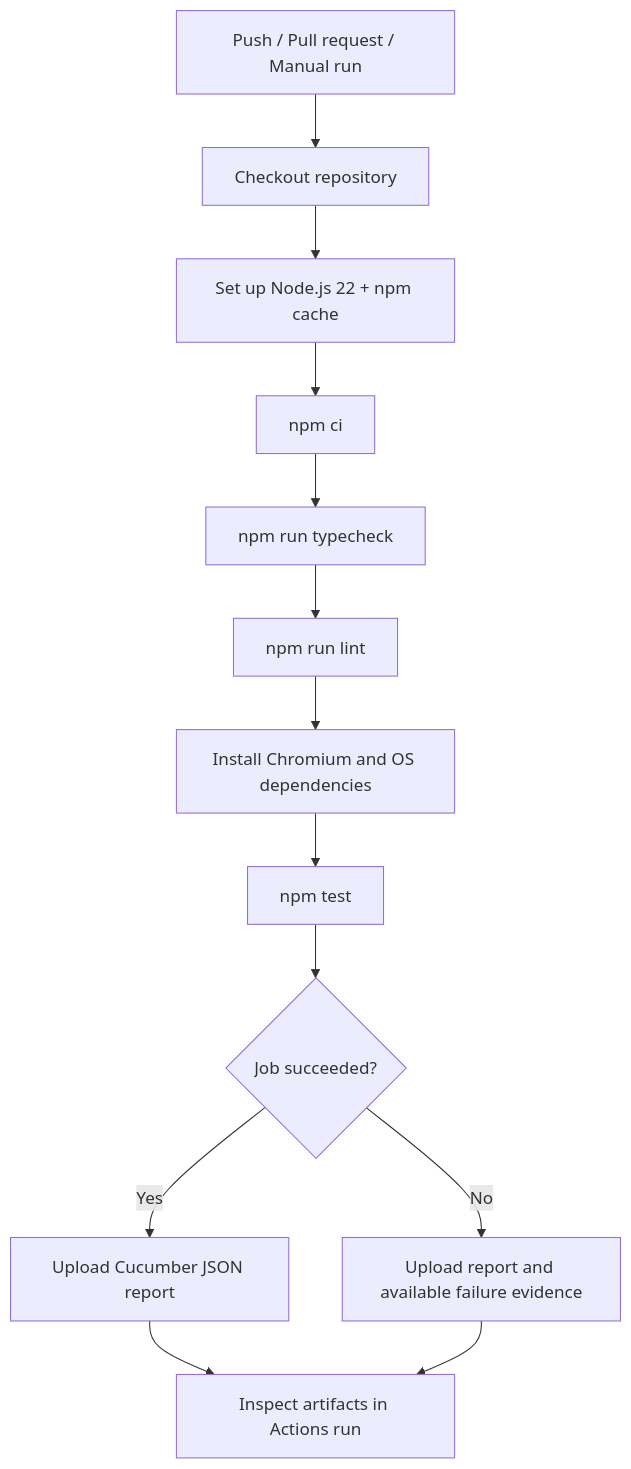
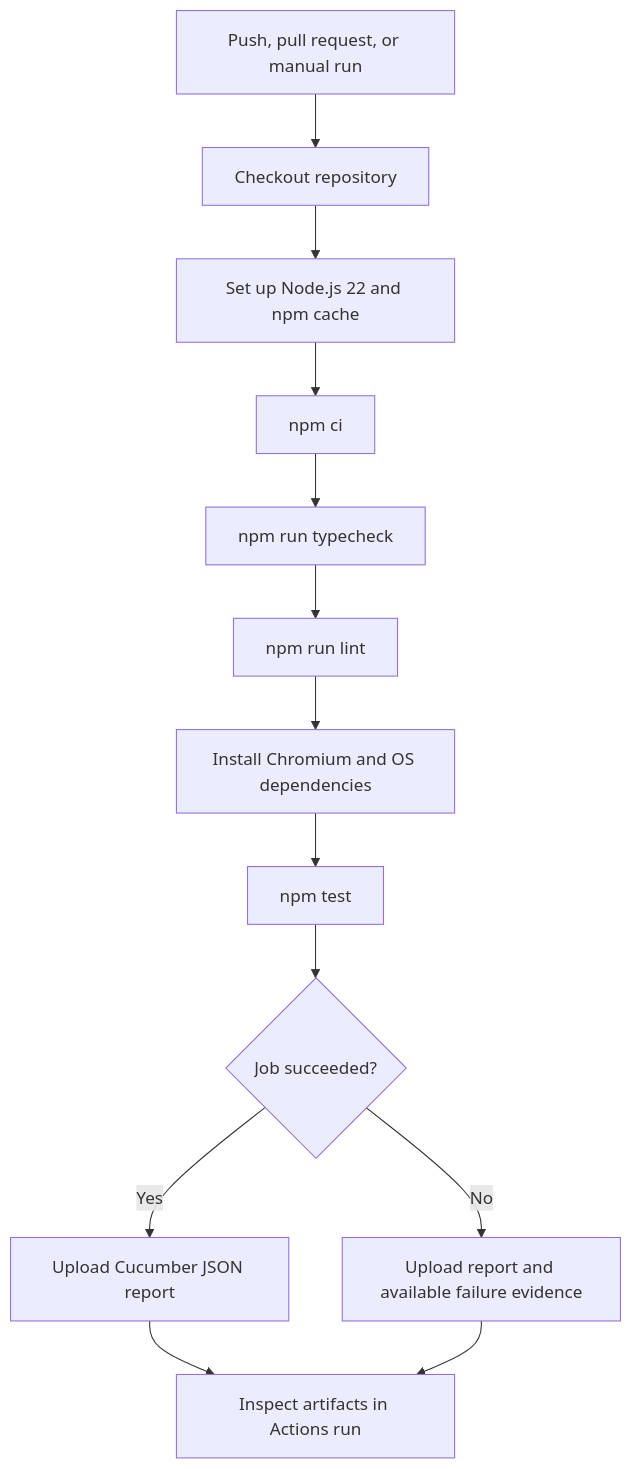
Before and after one commit to ankit19apr/sauce-demo-playwright-cucumber: the sixth of 6 diagrams in README.md, drawn with Mermaid. The commit also changed other lines of this file, not shown here.

````diff
--- a/README.md
+++ b/README.md
@@ -435,15 +432,15 @@
 ```mermaid
 flowchart TD
-A["Push / Pull request / Manual run"] --> B["Checkout repository"]
-B --> C["Set up Node.js 22 + npm cache"]
+A["Push, pull request, or manual run"] --> B["Checkout repository"]
+B --> C["Set up Node.js 22 and npm cache"]
 C --> D["npm ci"]
 D --> E["npm run typecheck"]
 E --> F["npm run lint"]
 F --> G["Install Chromium and OS dependencies"]
 G --> H["npm test"]
 H --> I{"Job succeeded?"}
 I -->|Yes| J["Upload Cucumber JSON report"]
 I -->|No| K["Upload report and available failure evidence"]
 J --> L["Inspect artifacts in Actions run"]
 K --> L
 ```
````
